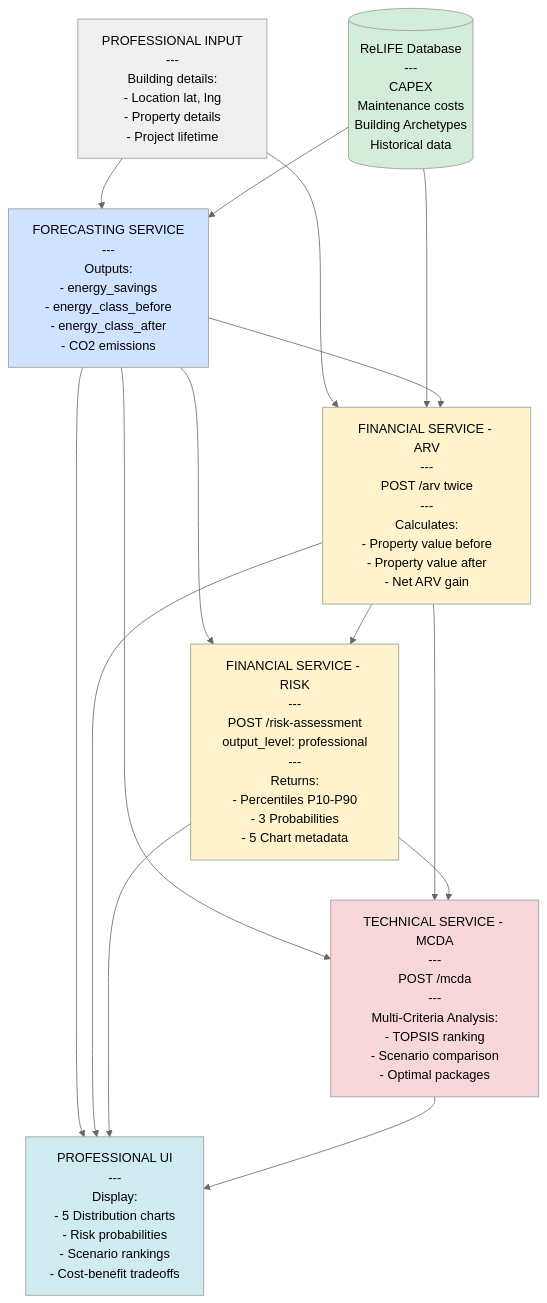
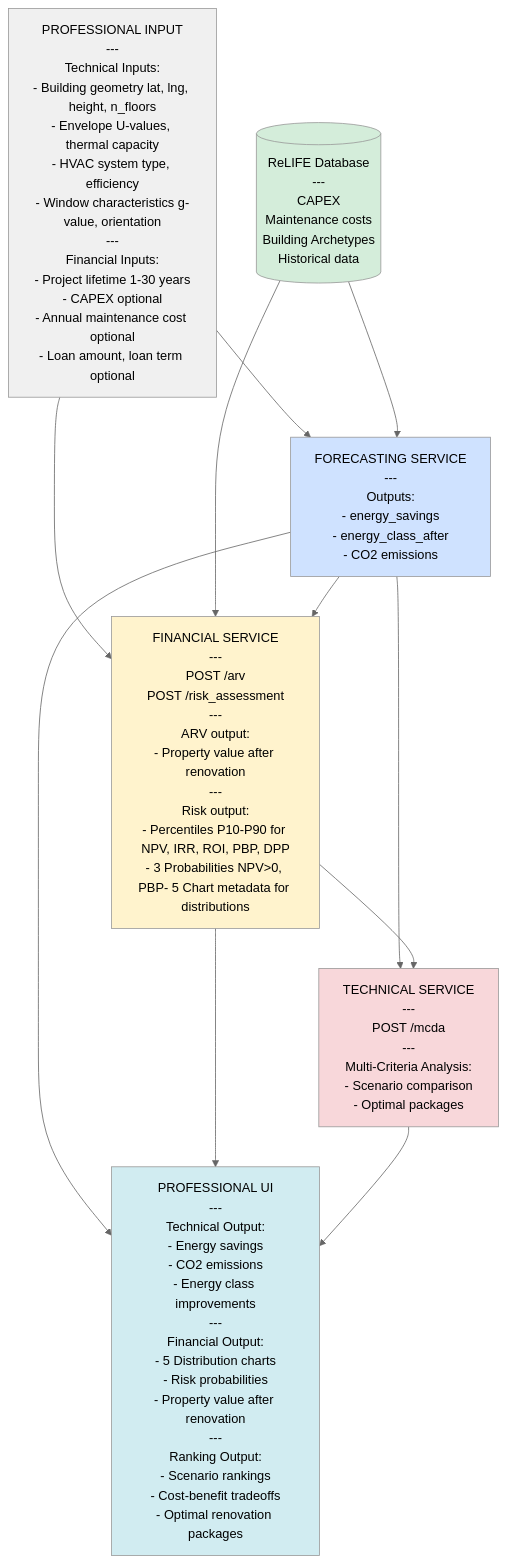
The second of 2 diagrams in docs/pra-tool-design.md (ReLIFE-Project-EU/relife-web-ui), drawn with Mermaid (neutral theme) before and after one commit. The commit also changed other lines of this file, not shown here.

Commit message:
PRA docs update

````diff
--- a/docs/pra-tool-design.md
+++ b/docs/pra-tool-design.md
@@ -563,43 +562,35 @@
 ```mermaid
 flowchart TD
-    ProfessionalInput[PROFESSIONAL INPUT<br/>---<br/>Building details:<br/>- Location lat, lng<br/>- Property details<br/>- Project lifetime]
+    ProfessionalInput[PROFESSIONAL INPUT<br/>---<br/>Technical Inputs:<br/>- Building geometry lat, lng, height, n_floors<br/>- Envelope U-values, thermal capacity<br/>- HVAC system type, efficiency<br/>- Window characteristics g-value, orientation<br/>---<br/>Financial Inputs:<br/>- Project lifetime 1-30 years<br/>- CAPEX optional<br/>- Annual maintenance cost optional<br/>- Loan amount, loan term optional]
     
     DB[(ReLIFE Database<br/>---<br/>CAPEX<br/>Maintenance costs<br/>Building Archetypes<br/>Historical data)]
     
-    Forecasting[FORECASTING SERVICE<br/>---<br/>Outputs:<br/>- energy_savings<br/>- energy_class_before<br/>- energy_class_after<br/>- CO2 emissions]
+    Forecasting[FORECASTING SERVICE<br/>---<br/>Outputs:<br/>- energy_savings<br/>- energy_class_after<br/>- CO2 emissions]
     
-    FinancialARV[FINANCIAL SERVICE - ARV<br/>---<br/>POST /arv twice<br/>---<br/>Calculates:<br/>- Property value before<br/>- Property value after<br/>- Net ARV gain]
+    Financial[FINANCIAL SERVICE<br/>---<br/>POST /arv<br/>POST /risk_assessment<br/>---<br/>ARV output:<br/>- Property value after renovation<br/>---<br/>Risk output:<br/>- Percentiles P10-P90 for NPV, IRR, ROI, PBP, DPP<br/>- 3 Probabilities NPV>0, PBP<lifetime, DPP<lifetime<br/>- 5 Chart metadata for distributions]
     
-    FinancialRisk[FINANCIAL SERVICE - RISK<br/>---<br/>POST /risk-assessment<br/>output_level: professional<br/>---<br/>Returns:<br/>- Percentiles P10-P90<br/>- 3 Probabilities<br/>- 5 Chart metadata]
+    Technical[TECHNICAL SERVICE<br/>---<br/>POST /mcda<br/>---<br/>Multi-Criteria Analysis:<br/>- Scenario comparison<br/>- Optimal packages]
     
-    TechnicalMCDA[TECHNICAL SERVICE - MCDA<br/>---<br/>POST /mcda<br/>---<br/>Multi-Criteria Analysis:<br/>- TOPSIS ranking<br/>- Scenario comparison<br/>- Optimal packages]
-    
-    ProfessionalUI[PROFESSIONAL UI<br/>---<br/>Display:<br/>- 5 Distribution charts<br/>- Risk probabilities<br/>- Scenario rankings<br/>- Cost-benefit tradeoffs]
+    ProfessionalUI[PROFESSIONAL UI<br/>---<br/>Technical Output:<br/>- Energy savings<br/>- CO2 emissions<br/>- Energy class improvements<br/>---<br/>Financial Output:<br/>- 5 Distribution charts<br/>- Risk probabilities<br/>- Property value after renovation<br/>---<br/>Ranking Output:<br/>- Scenario rankings<br/>- Cost-benefit tradeoffs<br/>- Optimal renovation packages]
     
     ProfessionalInput --> Forecasting
     DB --> Forecasting
     
-    ProfessionalInput --> FinancialARV
-    DB --> FinancialARV
-    Forecasting --> FinancialARV
+    ProfessionalInput --> Financial
+    DB --> Financial
+    Forecasting --> Financial
     
-    Forecasting --> FinancialRisk
-    FinancialARV --> FinancialRisk
-    
-    Forecasting --> TechnicalMCDA
-    FinancialARV --> TechnicalMCDA
-    FinancialRisk --> TechnicalMCDA
+    Forecasting --> Technical
+    Financial --> Technical
     
     Forecasting --> ProfessionalUI
-    FinancialARV --> ProfessionalUI
-    FinancialRisk --> ProfessionalUI
-    TechnicalMCDA --> ProfessionalUI
+    Financial --> ProfessionalUI
+    Technical --> ProfessionalUI
     
     style ProfessionalInput fill:#f0f0f0
     style DB fill:#d4edda
     style Forecasting fill:#cfe2ff
-    style FinancialARV fill:#fff3cd
-    style FinancialRisk fill:#fff3cd
-    style TechnicalMCDA fill:#f8d7da
+    style Financial fill:#fff3cd
+    style Technical fill:#f8d7da
     style ProfessionalUI fill:#d1ecf1
 ```
````
